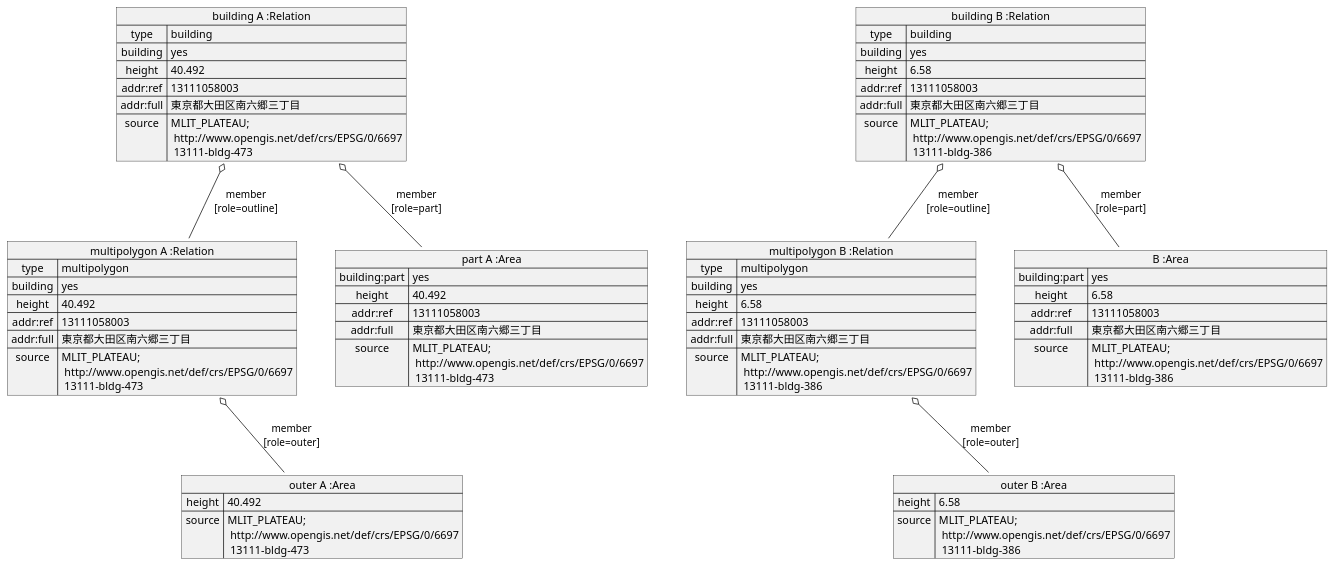
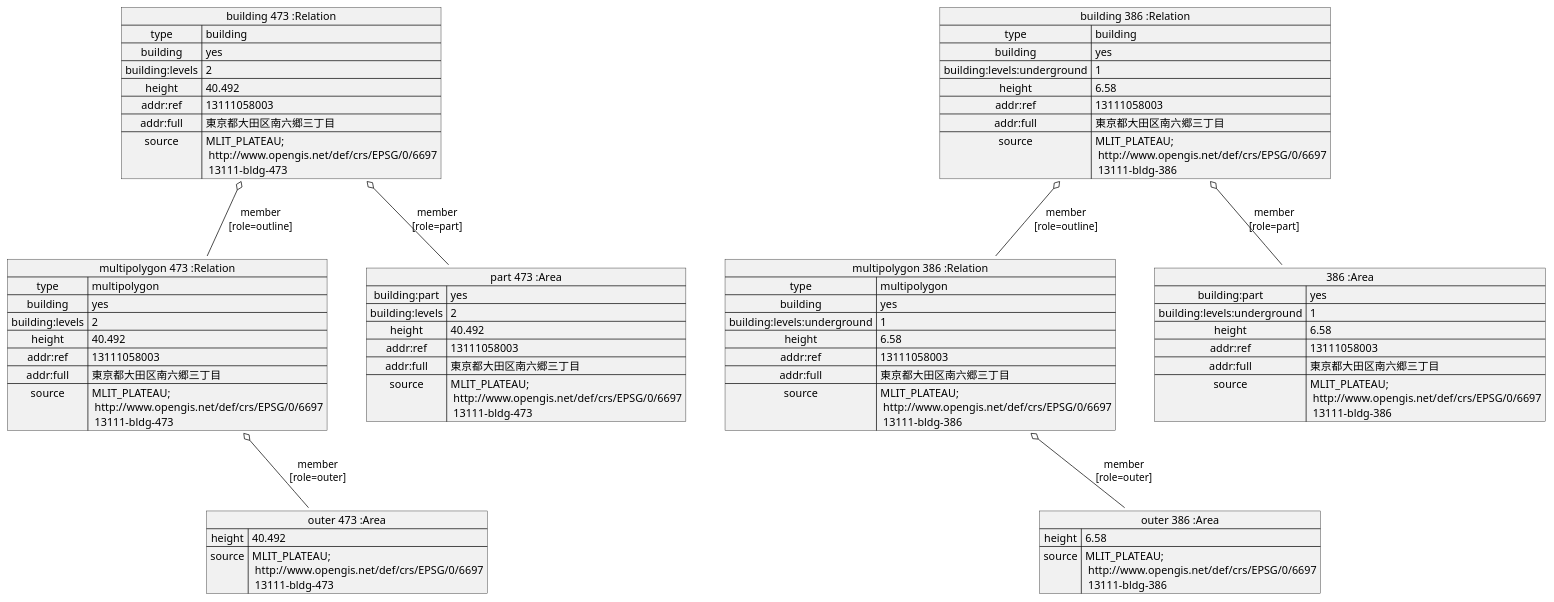
Before and after one commit to yuuhayashi/citygml-osm: the diagram in doc/building/sample-c/osm1-parse.pu, drawn with PlantUML. The commit also changed 21 other files, not shown here.

```diff
--- a/doc/building/sample-c/osm1-parse.pu
+++ b/doc/building/sample-c/osm1-parse.pu
@@ -1,74 +1,80 @@
 @startuml
-map "building A :Relation" as buildingA {
+map "building 473 :Relation" as buildingA {
  type => building
  building => yes
+ building:levels => 2
  height => 40.492
  addr:ref => 13111058003
  addr:full => 東京都大田区南六郷三丁目
  source => MLIT_PLATEAU;\n http://www.opengis.net/def/crs/EPSG/0/6697\n 13111-bldg-473
 }
 
-map "multipolygon A :Relation" as polygonA {
+map "multipolygon 473 :Relation" as polygonA {
  type => multipolygon
  building => yes
+ building:levels => 2
  height => 40.492
  addr:ref => 13111058003
  addr:full => 東京都大田区南六郷三丁目
  source => MLIT_PLATEAU;\n http://www.opengis.net/def/crs/EPSG/0/6697\n 13111-bldg-473
 }
 
-map "part A :Area" as partA {
+map "part 473 :Area" as partA {
  building:part => yes
+ building:levels => 2
  height => 40.492
  addr:ref => 13111058003
  addr:full => 東京都大田区南六郷三丁目
  source => MLIT_PLATEAU;\n http://www.opengis.net/def/crs/EPSG/0/6697\n 13111-bldg-473
 }
 
-map "outer A :Area" as outerA {
+map "outer 473 :Area" as outerA {
  height => 40.492
  source => MLIT_PLATEAU;\n http://www.opengis.net/def/crs/EPSG/0/6697\n 13111-bldg-473
 }
 
 buildingA o-- partA : member\n[role=part]
 buildingA o-- polygonA : member\n[role=outline]
 polygonA o-- outerA : member\n[role=outer]
 partA -[hidden]- outerA
 
 
-map "building B :Relation" as buildingB {
+map "building 386 :Relation" as buildingB {
  type => building
  building => yes
+ building:levels:underground => 1
  height => 6.58
  addr:ref => 13111058003
  addr:full => 東京都大田区南六郷三丁目
  source => MLIT_PLATEAU;\n http://www.opengis.net/def/crs/EPSG/0/6697\n 13111-bldg-386
 }
 
-map "multipolygon B :Relation" as polygonB {
+map "multipolygon 386 :Relation" as polygonB {
  type => multipolygon
  building => yes
+ building:levels:underground => 1
  height => 6.58
  addr:ref => 13111058003
  addr:full => 東京都大田区南六郷三丁目
  source => MLIT_PLATEAU;\n http://www.opengis.net/def/crs/EPSG/0/6697\n 13111-bldg-386
 }
 
-map "B :Area" as partB {
+map "386 :Area" as partB {
  building:part => yes
+ building:levels:underground => 1
  height => 6.58
  addr:ref => 13111058003
  addr:full => 東京都大田区南六郷三丁目
  source => MLIT_PLATEAU;\n http://www.opengis.net/def/crs/EPSG/0/6697\n 13111-bldg-386
 }
 
-map "outer B :Area" as outerB {
+map "outer 386 :Area" as outerB {
  height => 6.58
  source => MLIT_PLATEAU;\n http://www.opengis.net/def/crs/EPSG/0/6697\n 13111-bldg-386
 }
 
 buildingB o-- partB : member\n[role=part]
 buildingB o-- polygonB : member\n[role=outline]
 polygonB o-- outerB : member\n[role=outer]
 partB -[hidden]- outerB
 @enduml
```
